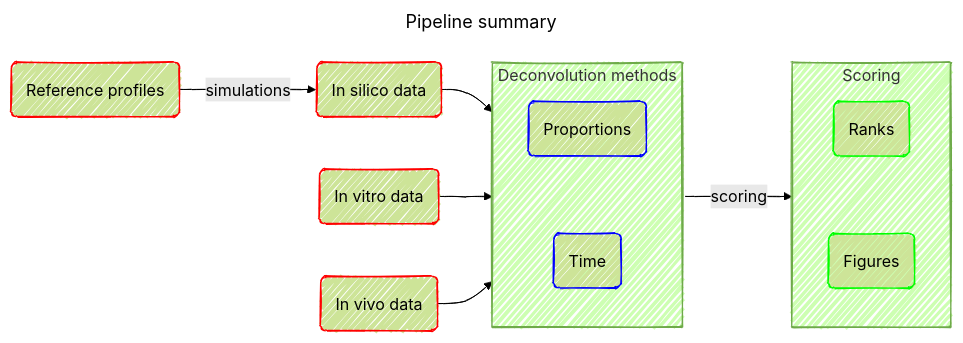
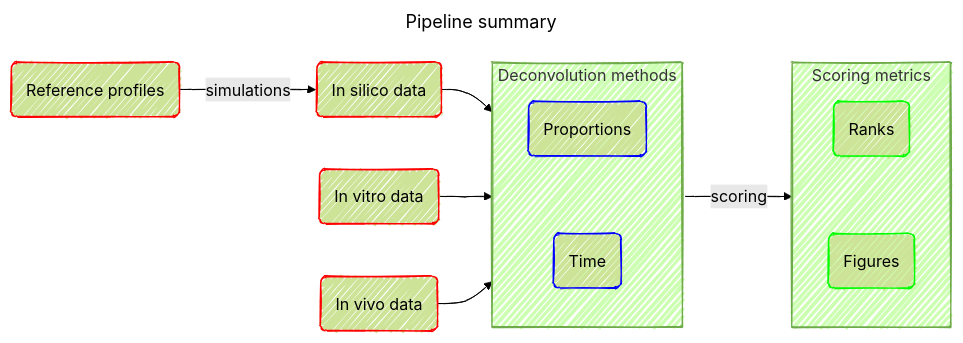
The diagram in README.md (bcm-uga/DeconvBenchmark), drawn with Mermaid (forest theme) before and after one commit.

````diff
--- a/README.md
+++ b/README.md
@@ -6,22 +6,22 @@
 ```mermaid
 ---
 title: Pipeline summary
 config:
   look: handDrawn
 ---
 flowchart LR
     a1("Reference profiles"):::red --"simulations"--> b1("In silico data"):::red
     subgraph Deconvolution["Deconvolution methods"]
        c1("Proportions"):::blue ~~~ c2("Time"):::blue
     end
     b1 --> Deconvolution
     b2("In vitro data"):::red --> Deconvolution
     b3("In vivo data"):::red --> Deconvolution
-    subgraph Scoring
+    subgraph Scoring["Scoring metrics"]
        d1("Ranks"):::green ~~~ d2("Figures"):::green
     end
     Deconvolution --"scoring"--> Scoring
     classDef red stroke:#f00
     classDef blue stroke:#00f
     classDef green stroke:#0f0
 ```
````
